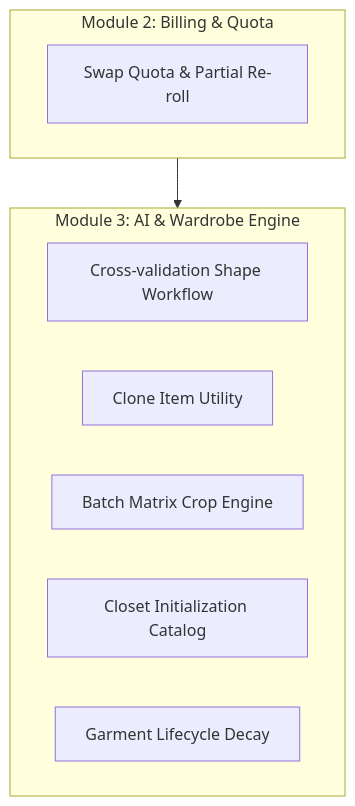
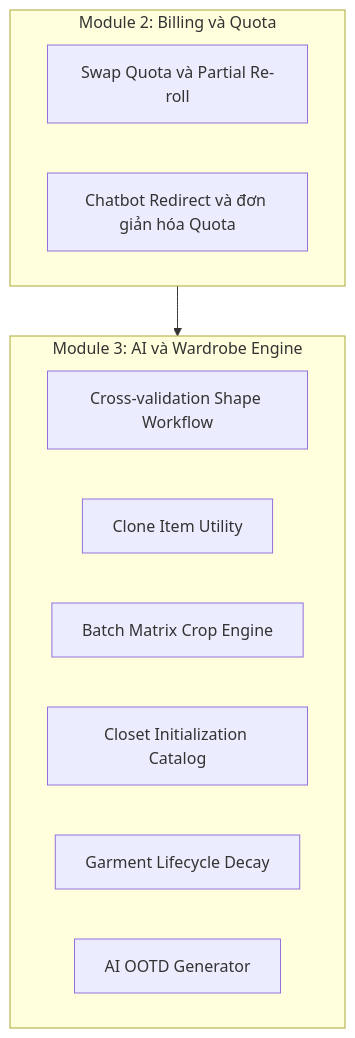
One commit to hycat-team/smart-wardrobe-be changed the diagram in docs/business/UPCOMING_BUSINESS_CHANGES.md. Above: the diagram before and after it, drawn with Mermaid. The commit also changed other lines of this file and 5 other files, not shown here.

````diff
--- a/docs/business/UPCOMING_BUSINESS_CHANGES.md
+++ b/docs/business/UPCOMING_BUSINESS_CHANGES.md
@@ -11,14 +11,16 @@
 ```mermaid
 graph TD
-    subgraph Module2 [Module 2: Billing & Quota]
-        F1[Swap Quota & Partial Re-roll]
+    subgraph Module2 [Module 2: Billing và Quota]
+        F1[Swap Quota và Partial Re-roll]
+        F7[Chatbot Redirect và đơn giản hóa Quota]
     end
-    subgraph Module3 [Module 3: AI & Wardrobe Engine]
+    subgraph Module3 [Module 3: AI và Wardrobe Engine]
         F2[Cross-validation Shape Workflow]
         F3[Clone Item Utility]
         F4[Batch Matrix Crop Engine]
         F5[Closet Initialization Catalog]
         F6[Garment Lifecycle Decay]
+        F8[AI OOTD Generator]
     end
     Module2 --> Module3
 ```
````
